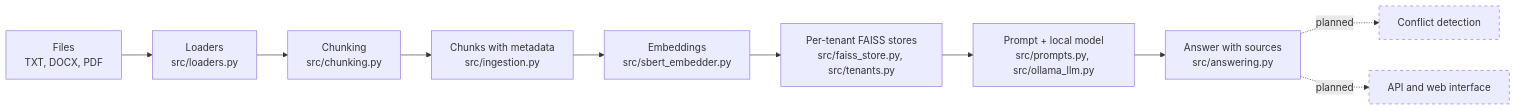
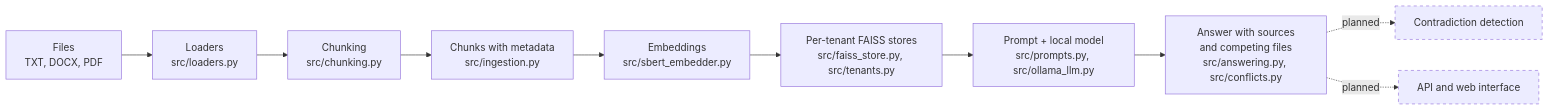
The diagram in README.md (Laiba-Qayyum/policylens), drawn with Mermaid before and after one commit. The commit also changed other lines of this file and 1 other file, not shown here.

````diff
--- a/README.md
+++ b/README.md
@@ -64,14 +79,14 @@
 ```mermaid
 flowchart LR
     A["Files<br/>TXT, DOCX, PDF"] --> B["Loaders<br/>src/loaders.py"]
     B --> C["Chunking<br/>src/chunking.py"]
     C --> D["Chunks with metadata<br/>src/ingestion.py"]
     D --> E["Embeddings<br/>src/sbert_embedder.py"]
     E --> F["Per-tenant FAISS stores<br/>src/faiss_store.py, src/tenants.py"]
     F --> G["Prompt + local model<br/>src/prompts.py, src/ollama_llm.py"]
-    G --> H["Answer with sources<br/>src/answering.py"]
-    H -.->|planned| I["Conflict detection"]
+    G --> H["Answer with sources<br/>and competing files<br/>src/answering.py, src/conflicts.py"]
+    H -.->|planned| I["Contradiction detection"]
     H -.->|planned| J["API and web interface"]
     classDef planned stroke-dasharray: 5 5
     class I,J planned
 ```
````
